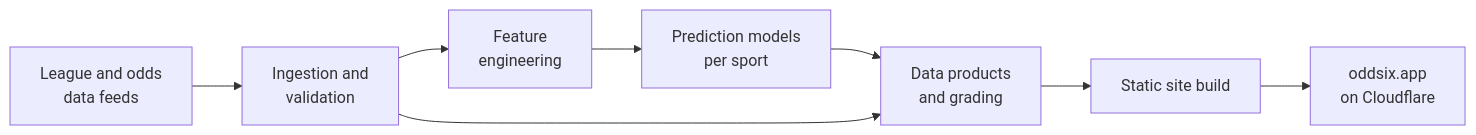
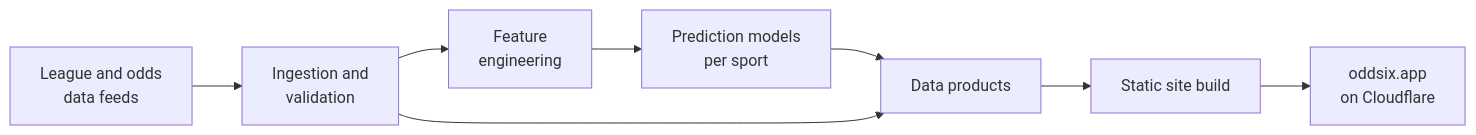
The diagram in README.md (SpencerGoss/oddsix), drawn with Mermaid before and after one commit. The commit also changed other lines of this file and 5 other files, not shown here.

````diff
--- a/README.md
+++ b/README.md
@@ -20,10 +24,10 @@
 ```mermaid
 flowchart LR
     A[League and odds<br/>data feeds] --> B[Ingestion and<br/>validation]
     B --> C[Feature<br/>engineering]
     C --> D[Prediction models<br/>per sport]
-    D --> E[Data products<br/>and grading]
+    D --> E[Data products]
     B --> E
     E --> F[Static site build]
     F --> G[oddsix.app<br/>on Cloudflare]
 ```
````
